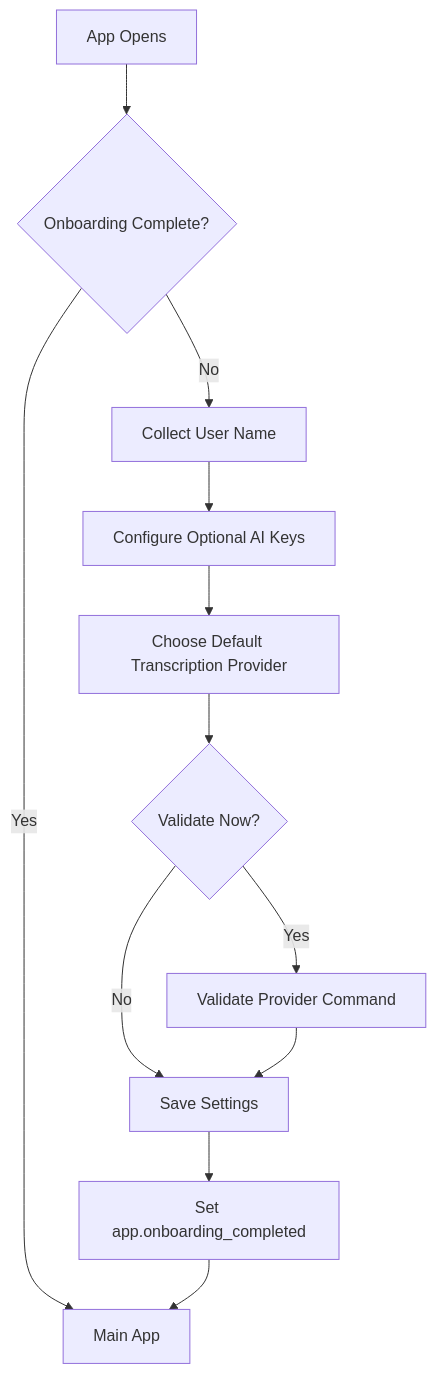
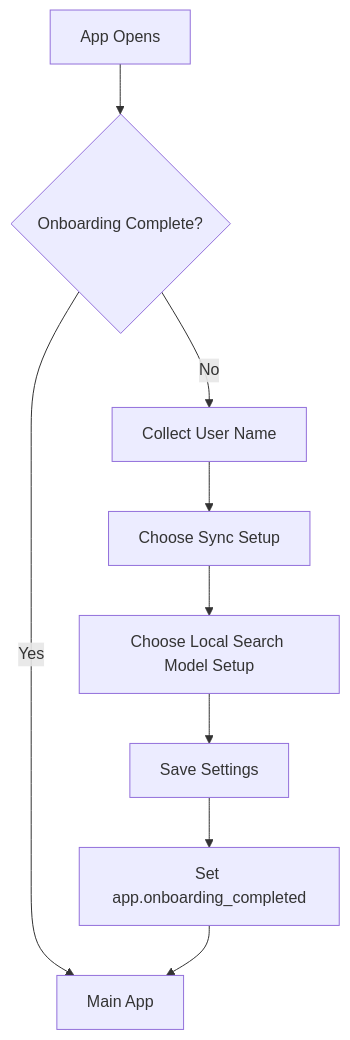
Before and after one commit to sunday-studio/aether: the second of 7 diagrams in docs/reference/flows.md, drawn with Mermaid. The commit also changed other lines of this file and 116 other files, not shown here.

````diff
--- a/docs/reference/flows.md
+++ b/docs/reference/flows.md
@@ -20,14 +20,11 @@
 ```mermaid
 flowchart TD
   Start[App Opens] --> Check{Onboarding Complete?}
   Check -->|Yes| Main[Main App]
   Check -->|No| Profile[Collect User Name]
-  Profile --> AI[Configure Optional AI Keys]
-  AI --> Provider[Choose Default Transcription Provider]
-  Provider --> Validate{Validate Now?}
-  Validate -->|Yes| ValidateProvider[Validate Provider Command]
-  Validate -->|No| Save
-  ValidateProvider --> Save[Save Settings]
+  Profile --> Sync[Choose Sync Setup]
+  Sync --> Search[Choose Local Search Model Setup]
+  Search --> Save[Save Settings]
   Save --> Mark[Set app.onboarding_completed]
   Mark --> Main
 ```
````
